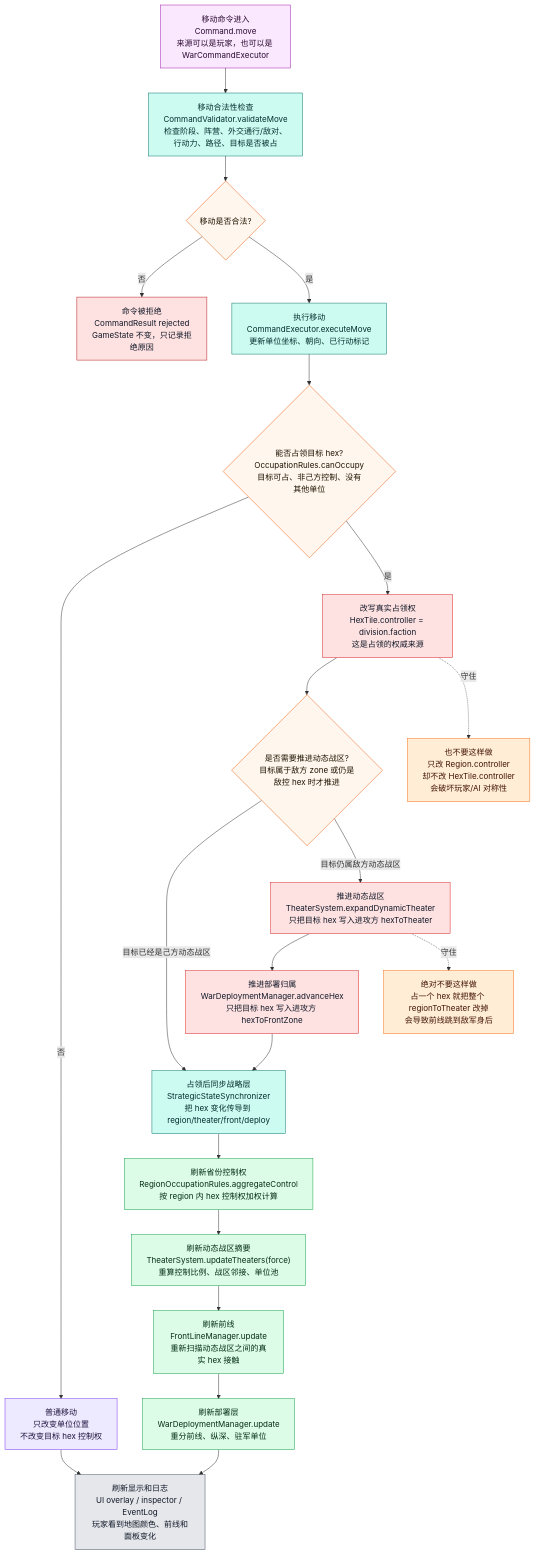
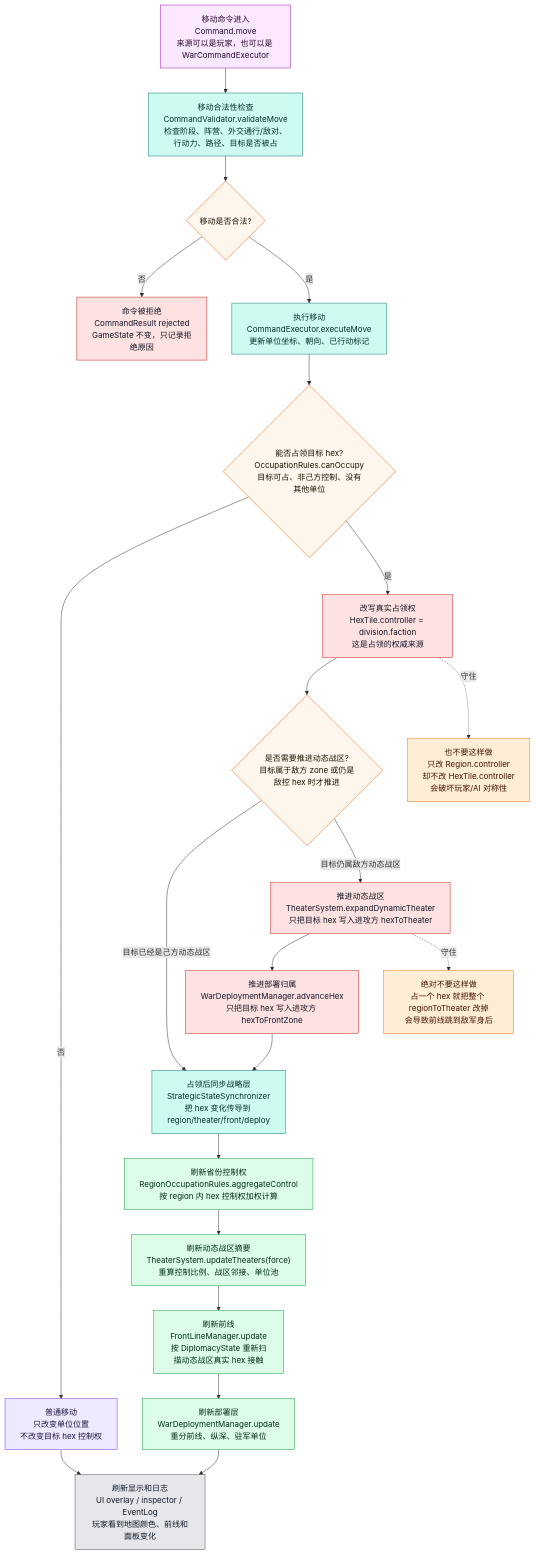
One commit to Altman-sam114/126 changed the third of 9 diagrams in md/flow/flowchart.md. Above: the diagram before and after it, drawn with Mermaid. The commit also changed other lines of this file and 8 other files, not shown here.

````diff
--- a/md/flow/flowchart.md
+++ b/md/flow/flowchart.md
@@ -157,44 +157,44 @@
 ```mermaid
 flowchart TD
     A["移动命令进入<br/>Command.move<br/>来源可以是玩家，也可以是 WarCommandExecutor"]:::command
     B["移动合法性检查<br/>CommandValidator.validateMove<br/>检查阶段、阵营、外交通行/敌对、行动力、路径、目标是否被占"]:::rules
     C{"移动是否合法?"}:::decision
     R["命令被拒绝<br/>CommandResult rejected<br/>GameState 不变，只记录拒绝原因"]:::stop
     M["执行移动<br/>CommandExecutor.executeMove<br/>更新单位坐标、朝向、已行动标记"]:::rules
     O{"能否占领目标 hex?<br/>OccupationRules.canOccupy<br/>目标可占、非己方控制、没有其他单位"}:::decision
     NO["普通移动<br/>只改变单位位置<br/>不改变目标 hex 控制权"]:::state
     HC["改写真实占领权<br/>HexTile.controller = division.faction<br/>这是占领的权威来源"]:::authority
     SA{"是否需要推进动态战区?<br/>目标属于敌方 zone 或仍是敌控 hex 时才推进"}:::decision
     ET["推进动态战区<br/>TheaterSystem.expandDynamicTheater<br/>只把目标 hex 写入进攻方 hexToTheater"]:::authority
     AF["推进部署归属<br/>WarDeploymentManager.advanceHex<br/>只把目标 hex 写入进攻方 hexToFrontZone"]:::authority
     SS["占领后同步战略层<br/>StrategicStateSynchronizer<br/>把 hex 变化传导到 region/theater/front/deploy"]:::rules
     RO["刷新省份控制权<br/>RegionOccupationRules.aggregateControl<br/>按 region 内 hex 控制权加权计算"]:::derived
     TU["刷新动态战区摘要<br/>TheaterSystem.updateTheaters(force)<br/>重算控制比例、战区邻接、单位池"]:::derived
-    FU["刷新前线<br/>FrontLineManager.update<br/>重新扫描动态战区之间的真实 hex 接触"]:::derived
+    FU["刷新前线<br/>FrontLineManager.update<br/>按 DiplomacyState 重新扫描动态战区真实 hex 接触"]:::derived
     DU["刷新部署层<br/>WarDeploymentManager.update<br/>重分前线、纵深、驻军单位"]:::derived
     UI["刷新显示和日志<br/>UI overlay / inspector / EventLog<br/>玩家看到地图颜色、前线和面板变化"]:::ui
 
     A --> B --> C
     C -->|否| R
     C -->|是| M --> O
     O -->|否| NO --> UI
     O -->|是| HC --> SA
     SA -->|目标已经是己方动态战区| SS
     SA -->|目标仍属敌方动态战区| ET --> AF --> SS
     SS --> RO --> TU --> FU --> DU --> UI
 
     WARN1["绝对不要这样做<br/>占一个 hex 就把整个 regionToTheater 改掉<br/>会导致前线跳到敌军身后"]:::warn
     WARN2["也不要这样做<br/>只改 Region.controller<br/>却不改 HexTile.controller<br/>会破坏玩家/AI 对称性"]:::warn
     ET -.守住.-> WARN1
     HC -.守住.-> WARN2
 
     classDef command fill:#fae8ff,stroke:#a21caf,color:#2a0a2f
     classDef rules fill:#ccfbf1,stroke:#0f766e,color:#042f2e
     classDef decision fill:#fff7ed,stroke:#ea580c,color:#1f1300
     classDef stop fill:#fee2e2,stroke:#b91c1c,color:#111827
     classDef state fill:#ede9fe,stroke:#7c3aed,color:#1f143d
     classDef authority fill:#fee2e2,stroke:#dc2626,color:#111827
     classDef derived fill:#dcfce7,stroke:#16a34a,color:#052e16
     classDef ui fill:#e5e7eb,stroke:#4b5563,color:#111827
     classDef warn fill:#ffedd5,stroke:#f97316,color:#431407
 ```
````
